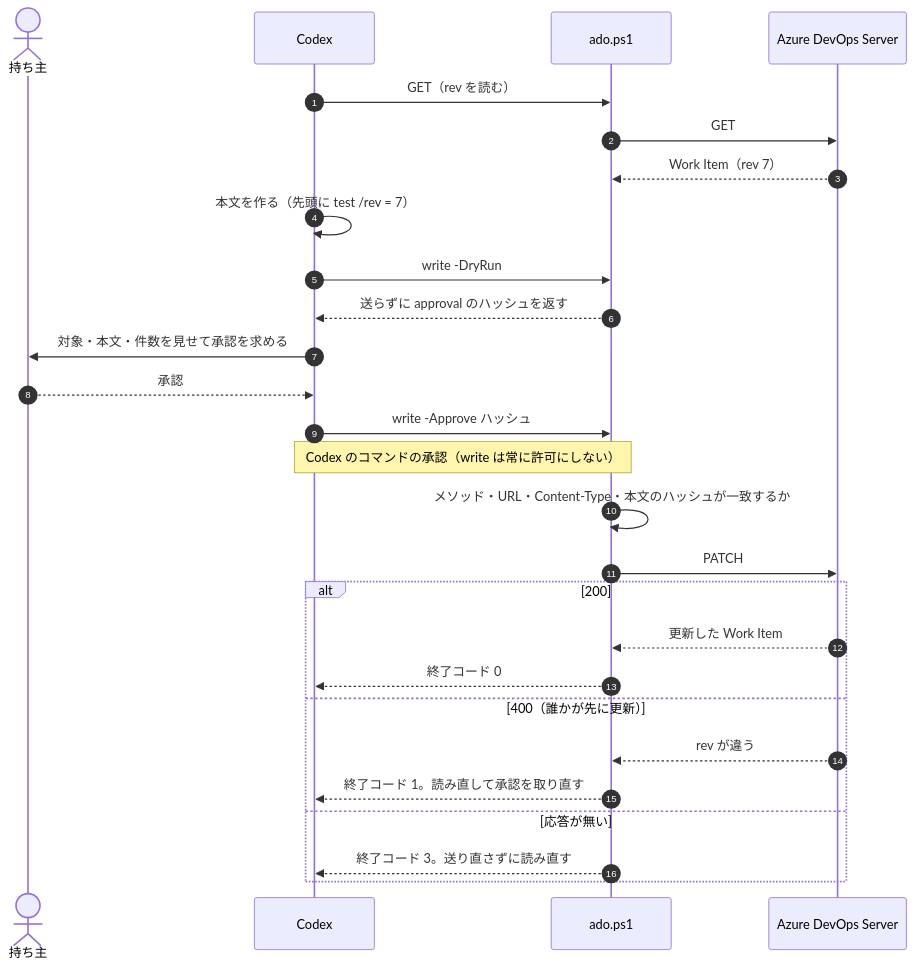
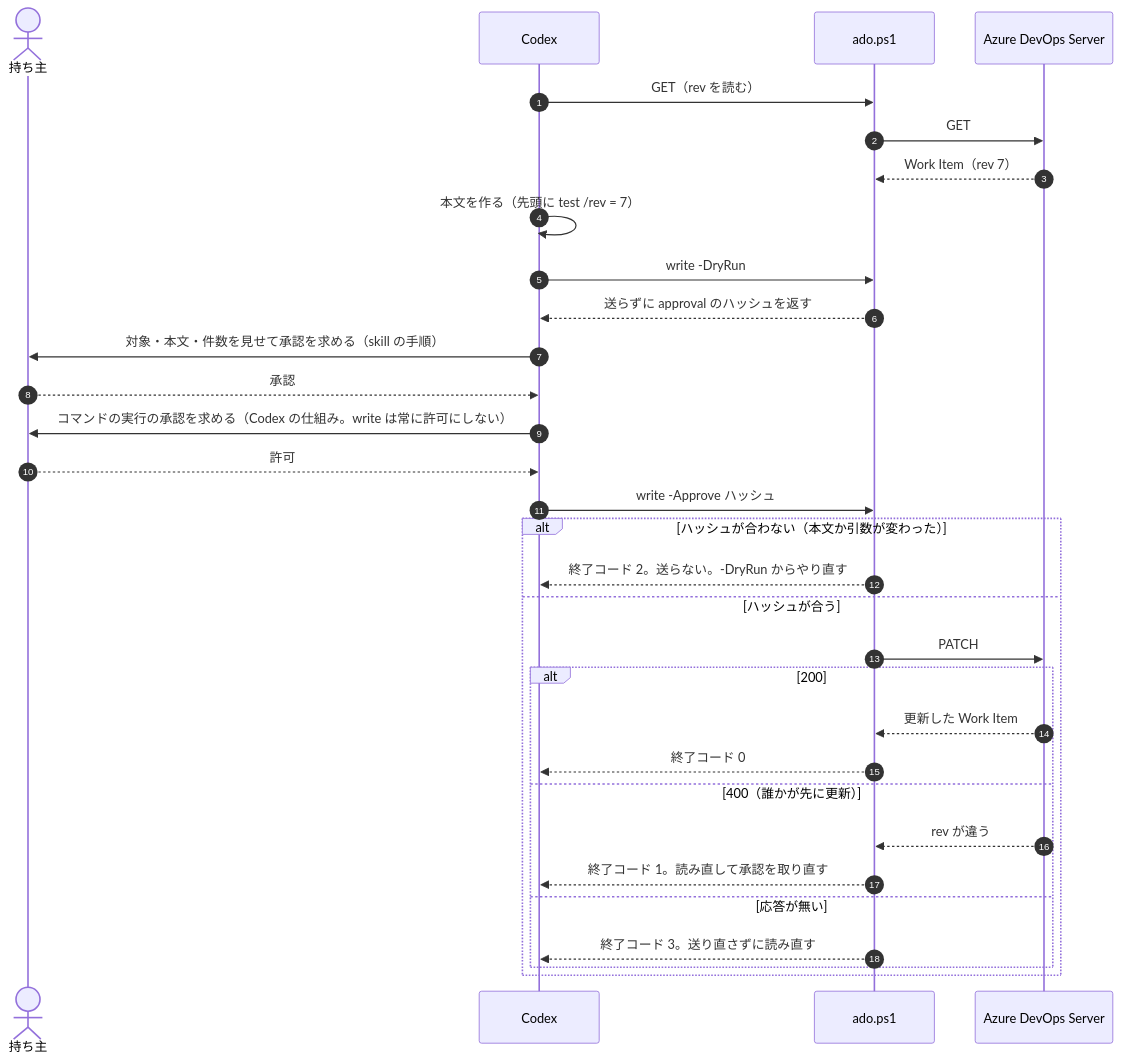
One commit to iroha924/dev-com changed the sixth of 6 diagrams in README.md. Above: the diagram before and after it, drawn with Mermaid. The commit also changed other lines of this file and 1 other file, not shown here.

Commit message:
docs: 図と本文を実装に合わせ、Unblock-File を自分の skill だけにかける（レビューの指摘）

````diff
--- a/README.md
+++ b/README.md
@@ -582,29 +593,33 @@
 ```mermaid
 sequenceDiagram
     autonumber
     actor O as 持ち主
     participant X as Codex
     participant S as ado.ps1
     participant A as Azure DevOps Server
     X->>S: GET（rev を読む）
     S->>A: GET
     A-->>S: Work Item（rev 7）
     X->>X: 本文を作る（先頭に test /rev = 7）
     X->>S: write -DryRun
     S-->>X: 送らずに approval のハッシュを返す
-    X->>O: 対象・本文・件数を見せて承認を求める
+    X->>O: 対象・本文・件数を見せて承認を求める（skill の手順）
     O-->>X: 承認
+    X->>O: コマンドの実行の承認を求める（Codex の仕組み。write は常に許可にしない）
+    O-->>X: 許可
     X->>S: write -Approve ハッシュ
-    Note over X,S: Codex のコマンドの承認（write は常に許可にしない）
-    S->>S: メソッド・URL・Content-Type・本文のハッシュが一致するか
-    S->>A: PATCH
-    alt 200
-        A-->>S: 更新した Work Item
-        S-->>X: 終了コード 0
-    else 400（誰かが先に更新）
-        A-->>S: rev が違う
-        S-->>X: 終了コード 1。読み直して承認を取り直す
-    else 応答が無い
-        S-->>X: 終了コード 3。送り直さずに読み直す
+    alt ハッシュが合わない（本文か引数が変わった）
+        S-->>X: 終了コード 2。送らない。-DryRun からやり直す
+    else ハッシュが合う
+        S->>A: PATCH
+        alt 200
+            A-->>S: 更新した Work Item
+            S-->>X: 終了コード 0
+        else 400（誰かが先に更新）
+            A-->>S: rev が違う
+            S-->>X: 終了コード 1。読み直して承認を取り直す
+        else 応答が無い
+            S-->>X: 終了コード 3。送り直さずに読み直す
+        end
     end
 ```
````
